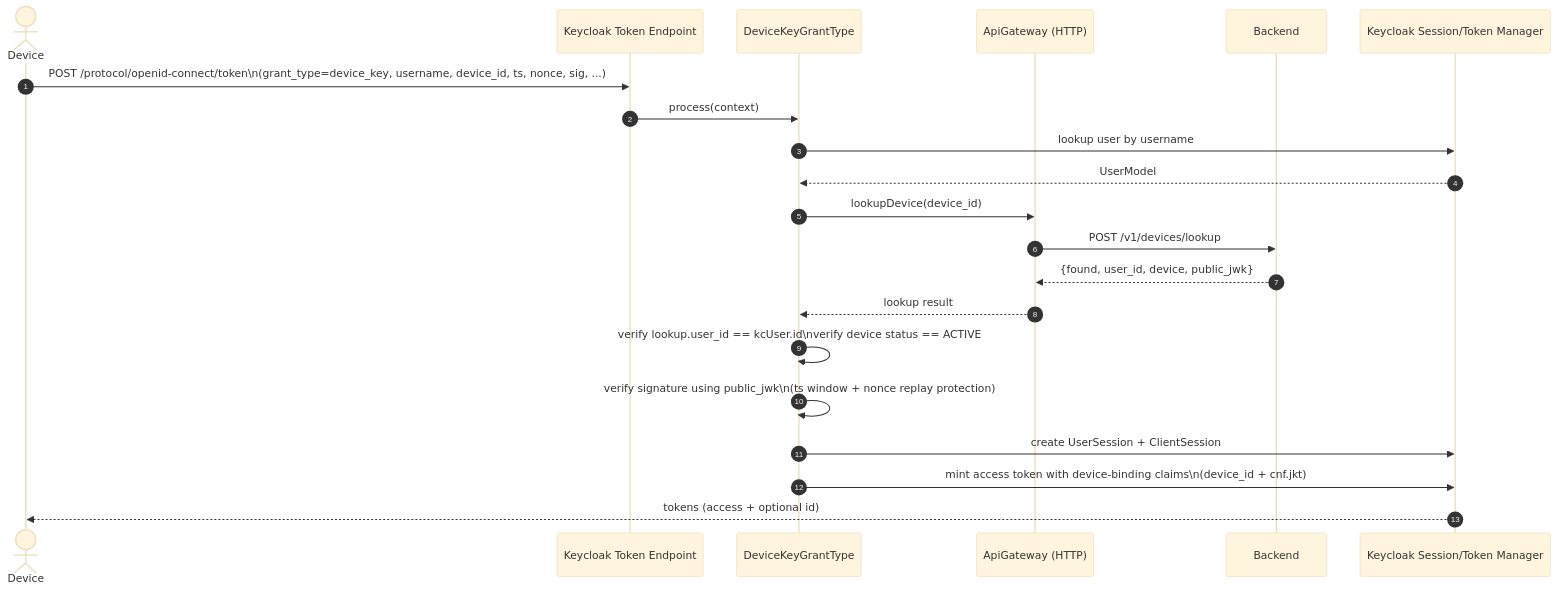
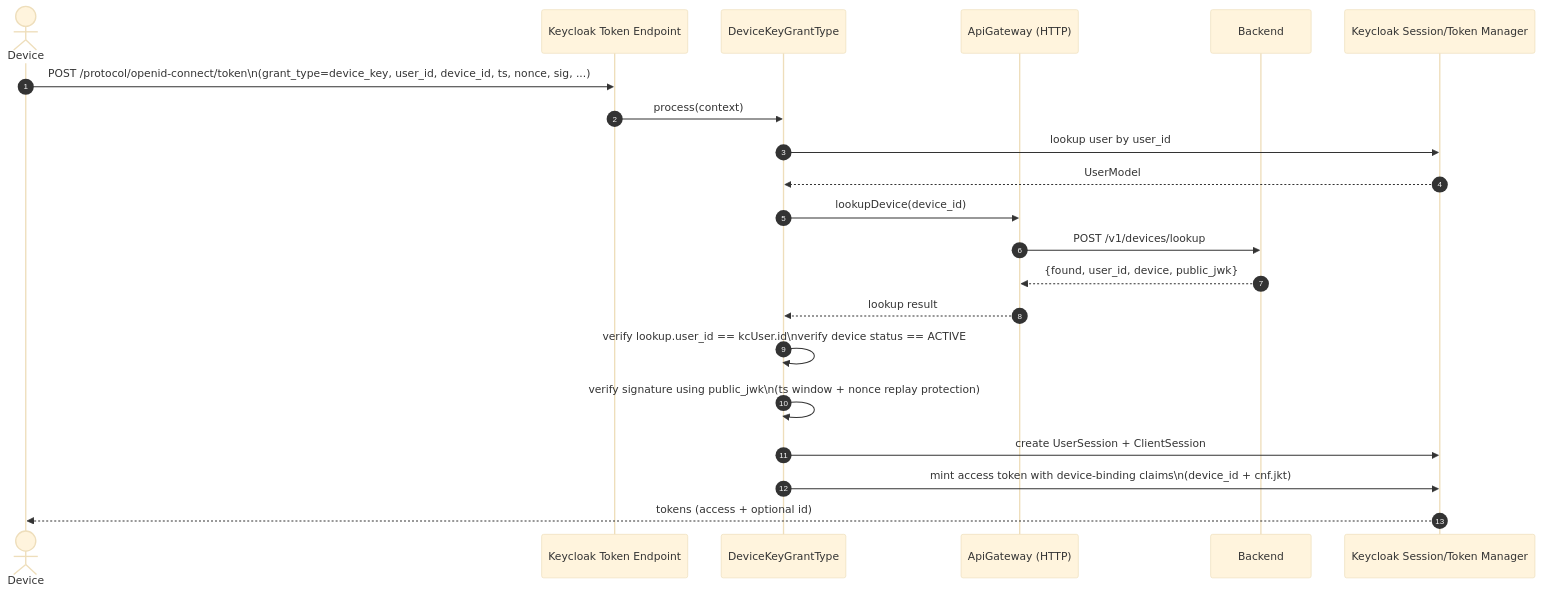
Before and after one commit to stephane-segning/keycloak-keybound: the second of 2 diagrams in docs/WORKFLOWS/current-device-key-grant.md, drawn with Mermaid (base theme). The commit also changed 4 other files, not shown here.

Commit message:
feat: update device key grant implementation to use user_id instead of username and enhance documentation

````diff
--- a/docs/WORKFLOWS/current-device-key-grant.md
+++ b/docs/WORKFLOWS/current-device-key-grant.md
@@ -22,28 +22,28 @@
 ```mermaid
 sequenceDiagram
 autonumber
 actor Device
 participant Token as Keycloak Token Endpoint
 participant Grant as DeviceKeyGrantType
 participant Api as ApiGateway (HTTP)
 participant BE as Backend
 participant KC as Keycloak Session/Token Manager
 
-Device->>Token: POST /protocol/openid-connect/token\n(grant_type=device_key, username, device_id, ts, nonce, sig, ...)
+Device->>Token: POST /protocol/openid-connect/token\n(grant_type=device_key, user_id, device_id, ts, nonce, sig, ...)
 Token->>Grant: process(context)
 
-Grant->>KC: lookup user by username
+Grant->>KC: lookup user by user_id
 KC-->>Grant: UserModel
 
 Grant->>Api: lookupDevice(device_id)
 Api->>BE: POST /v1/devices/lookup
 BE-->>Api: {found, user_id, device, public_jwk}
 Api-->>Grant: lookup result
 
 Grant->>Grant: verify lookup.user_id == kcUser.id\nverify device status == ACTIVE
 Grant->>Grant: verify signature using public_jwk\n(ts window + nonce replay protection)
 
 Grant->>KC: create UserSession + ClientSession
 Grant->>KC: mint access token with device-binding claims\n(device_id + cnf.jkt)
 KC-->>Device: tokens (access + optional id)
 ```
````
